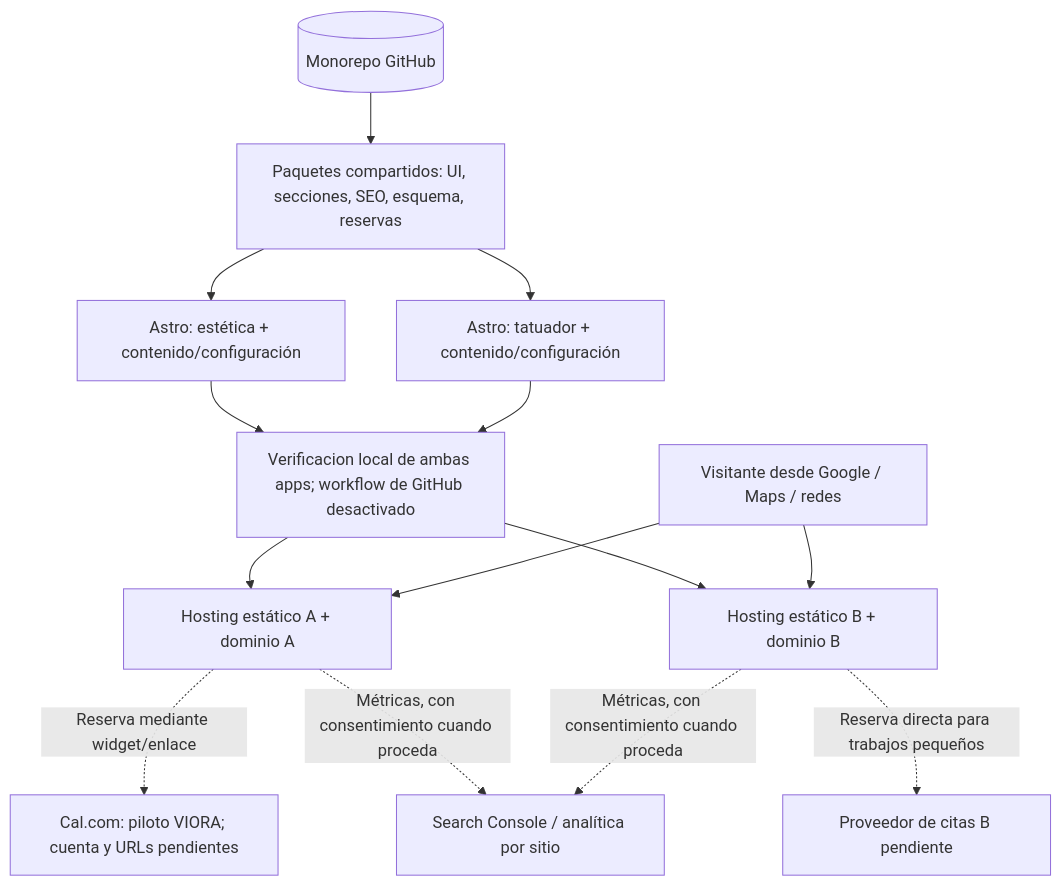
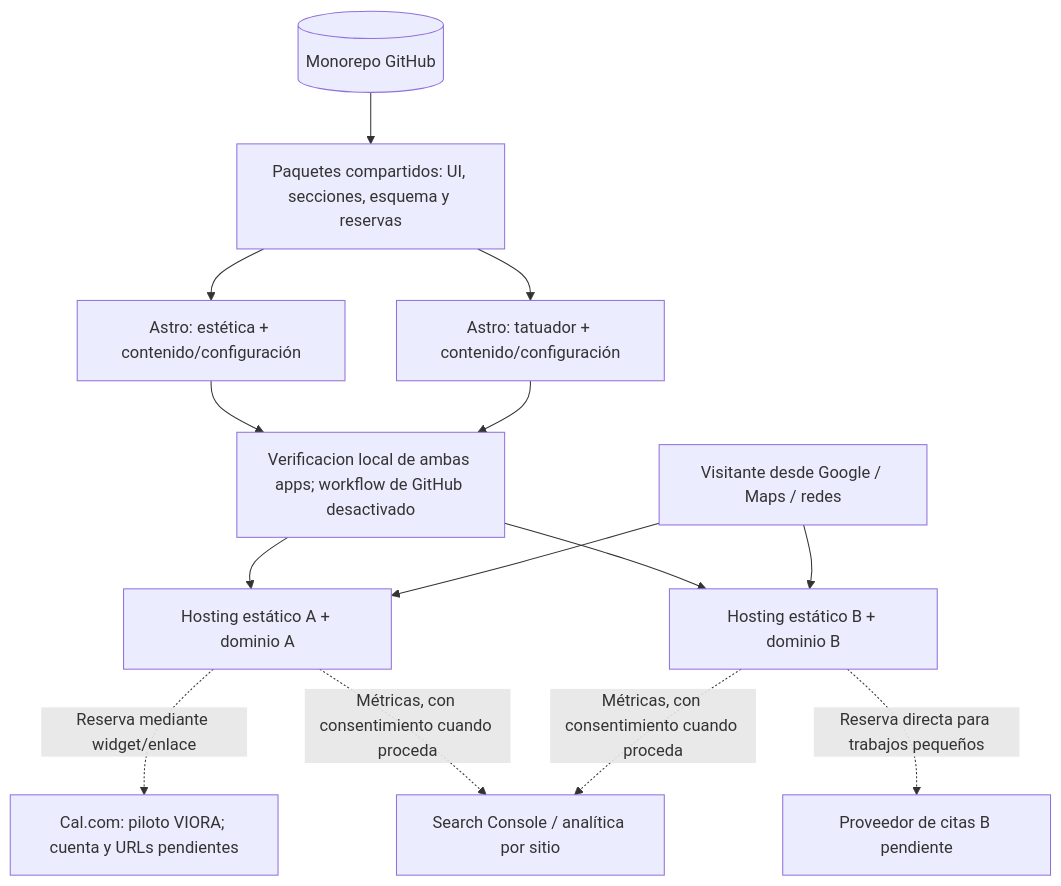
The third of 5 diagrams in docs/02-architecture.md (Gonzalo-Linares/Littzite), drawn with Mermaid before and after one commit. The commit also changed other lines of this file and 17 other files, not shown here.

````diff
--- a/docs/02-architecture.md
+++ b/docs/02-architecture.md
@@ -68,28 +67,28 @@
 ```mermaid
 flowchart TB
     V[Visitante desde Google / Maps / redes]
     Repo[(Monorepo GitHub)]
-    Core[Paquetes compartidos: UI, secciones, SEO, esquema, reservas]
+    Core[Paquetes compartidos: UI, secciones, esquema y reservas]
     ES[Astro: estética + contenido/configuración]
     TA[Astro: tatuador + contenido/configuración]
     CI[Verificacion local de ambas apps; workflow de GitHub desactivado]
     DEP1[Hosting estático A + dominio A]
     DEP2[Hosting estático B + dominio B]
     CAL[Cal.com: piloto VIORA; cuenta y URLs pendientes]
     SIM[Proveedor de citas B pendiente]
     SEARCH[Search Console / analítica por sitio]
 
     Repo --> Core
     Core --> ES
     Core --> TA
     ES --> CI
     TA --> CI
     CI --> DEP1
     CI --> DEP2
     V --> DEP1
     V --> DEP2
     DEP1 -. Reserva mediante widget/enlace .-> CAL
     DEP2 -. Reserva directa para trabajos pequeños .-> SIM
     DEP1 -. Métricas, con consentimiento cuando proceda .-> SEARCH
     DEP2 -. Métricas, con consentimiento cuando proceda .-> SEARCH
 ```
````
